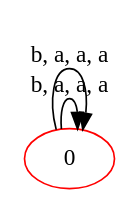
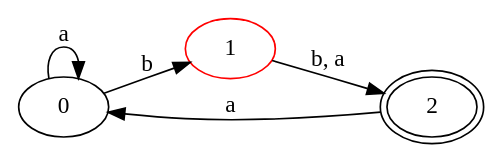
One commit to userdigitaldevil/automata changed the diagram in affichage.dot. Above: the diagram before and after it, drawn with Graphviz. The commit also changed 3 other files, not shown here.

```diff
--- a/affichage.dot
+++ b/affichage.dot
@@ -1,6 +1,10 @@
 digraph a {
  rankdir=LR
-0[ label ="0", color=red ];
-0 -> 0 [ label = "b, a, a, a" ];
-0 -> 0 [ label = "b, a, a, a" ];
+0[ label ="0",];
+0 -> 0 [ label = "a" ];
+0 -> 1 [ label = "b" ];
+1[ label ="1", color=red ];
+1 -> 2 [ label = "b, a" ];
+2[ label ="2",peripheries=2 ];
+2 -> 0 [ label = "a" ];
 }
```
